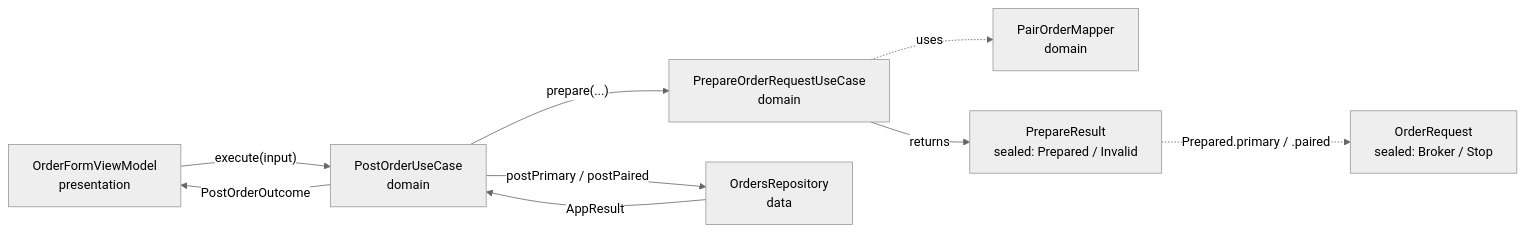
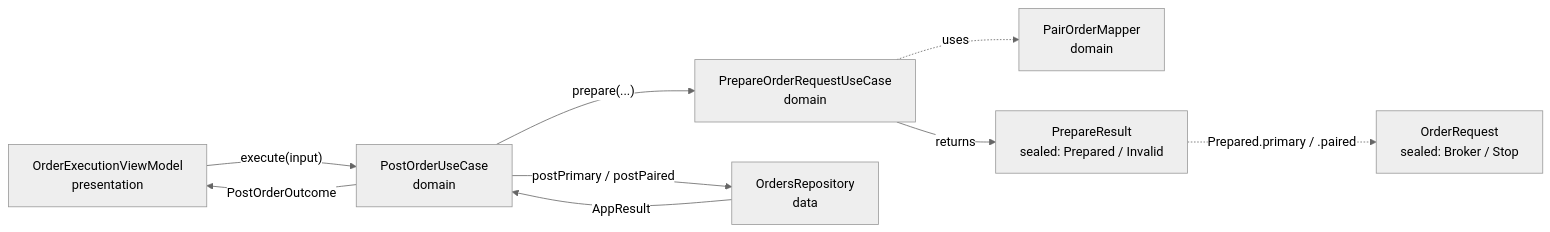
The second of 3 diagrams in docs/architecture.md (biomorf/TScalp), drawn with Mermaid (neutral theme) before and after one commit. The commit also changed other lines of this file, not shown here.

First line of the commit message:
docs(architecture): C2 done - Coord removed, sub-VM + UI-orchestration

````diff
--- a/docs/architecture.md
+++ b/docs/architecture.md
@@ -208,19 +210,19 @@
 ```mermaid
 flowchart LR
-    FVM["OrderFormViewModel<br/>presentation"]
+    EVM["OrderExecutionViewModel<br/>presentation"]
     PO["PostOrderUseCase<br/>domain"]
     PR["PrepareOrderRequestUseCase<br/>domain"]
     PRM["PairOrderMapper<br/>domain"]
     OR["OrderRequest<br/>sealed: Broker / Stop"]
     PRR["PrepareResult<br/>sealed: Prepared / Invalid"]
     OREP["OrdersRepository<br/>data"]
 
-    FVM -->|"execute(input)"| PO
+    EVM -->|"execute(input)"| PO
     PO -->|"prepare(...)"| PR
     PR -.->|"uses"| PRM
     PR -->|"returns"| PRR
     PRR -.->|"Prepared.primary / .paired"| OR
     PO -->|"postPrimary / postPaired"| OREP
     OREP -->|"AppResult"| PO
-    PO -->|"PostOrderOutcome"| FVM
+    PO -->|"PostOrderOutcome"| EVM
 ```
````
